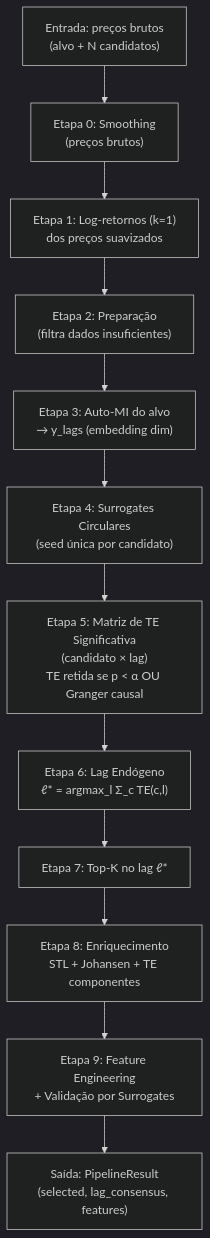
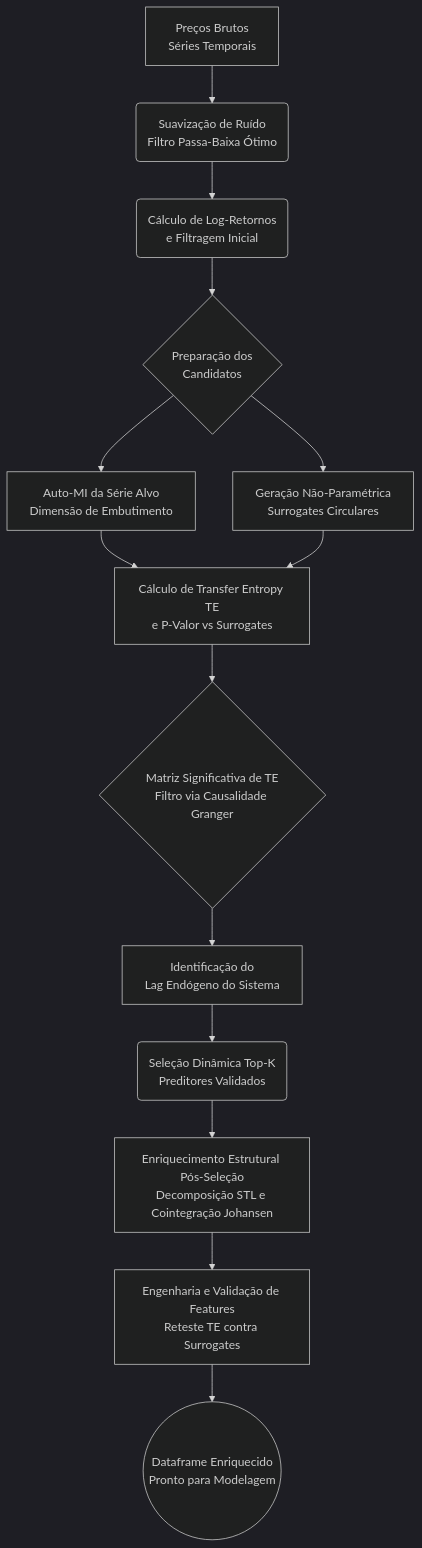
The second of 2 diagrams in README.md (ynaponte/st-fin-analise), drawn with Mermaid (dark theme) before and after one commit. The commit also changed other lines of this file and 2 other files, not shown here.

````diff
--- a/README.md
+++ b/README.md
@@ -36,22 +62,16 @@
 ```mermaid
-flowchart TD
-    A["Entrada: preços brutos<br>(alvo + N candidatos)"] --> B["Etapa 0: Smoothing<br>(preços brutos)"]
-    B --> C["Etapa 1: Log-retornos (k=1)<br>dos preços suavizados"]
-    
-    C --> D["Etapa 2: Preparação<br>(filtra dados insuficientes)"]
-    D --> E["Etapa 3: Auto-MI do alvo<br>→ y_lags (embedding dim)"]
-    
-    E --> F["Etapa 4: Surrogates Circulares<br>(seed única por candidato)"]
-    
-    F --> G["Etapa 5: Matriz de TE Significativa<br>(candidato × lag)<br>TE retida se p < α OU Granger causal"]
-    
-    G --> H["Etapa 6: Lag Endógeno<br>ℓ* = argmax_l Σ_c TE(c,l)"]
-    
-    H --> I["Etapa 7: Top-K no lag ℓ*"]
-    
-    I --> J["Etapa 8: Enriquecimento<br>STL + Johansen + TE componentes"]
-    
-    J --> K["Etapa 9: Feature Engineering<br>+ Validação por Surrogates"]
-    
-    K --> OUT["Saída: PipelineResult<br>(selected, lag_consensus, features)"]
+graph TD
+    A[Preços Brutos<br>Séries Temporais] --> B(Suavização de Ruído<br>Filtro Passa-Baixa Ótimo)
+    B --> C(Cálculo de Log-Retornos<br>e Filtragem Inicial)
+    C --> D{Preparação dos<br>Candidatos}
+    D --> E[Auto-MI da Série Alvo<br>Dimensão de Embutimento]
+    D --> F[Geração Não-Paramétrica<br>Surrogates Circulares]
+    E --> G
+    F --> G[Cálculo de Transfer Entropy TE<br>e P-Valor vs Surrogates]
+    G --> H{Matriz Significativa de TE<br>Filtro via Causalidade Granger}
+    H --> I[Identificação do<br>Lag Endógeno do Sistema]
+    I --> J(Seleção Dinâmica Top-K<br>Preditores Validados)
+    J --> K[Enriquecimento Estrutural Pós-Seleção<br>Decomposição STL e Cointegração Johansen]
+    K --> L[Engenharia e Validação de Features<br>Reteste TE contra Surrogates]
+    L --> M((Dataframe Enriquecido<br>Pronto para Modelagem))
 ```
````
